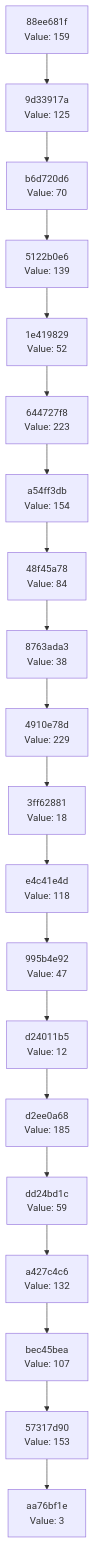
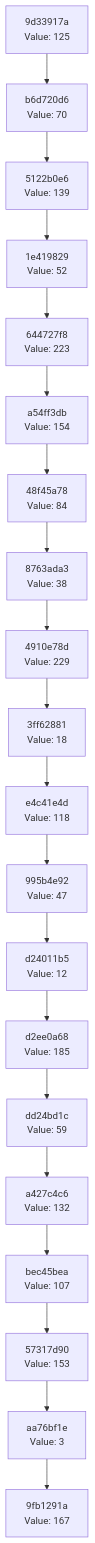
Before and after one commit to Abhisheksinha1506/hash-chain-evolver: the diagram in docs/CHAIN_VISUALIZATION.md, drawn with Mermaid. The commit also changed 1 other file, not shown here.

Commit message:
Evolution Step

````diff
--- a/docs/CHAIN_VISUALIZATION.md
+++ b/docs/CHAIN_VISUALIZATION.md
@@ -3,42 +3,42 @@
 ```mermaid
 graph TD
-    C0["aa76bf1e<br/>Value: 3"]
-    C1["57317d90<br/>Value: 153"]
+    C0["9fb1291a<br/>Value: 167"]
+    C1["aa76bf1e<br/>Value: 3"]
     C1 --> C0
-    C2["bec45bea<br/>Value: 107"]
+    C2["57317d90<br/>Value: 153"]
     C2 --> C1
-    C3["a427c4c6<br/>Value: 132"]
+    C3["bec45bea<br/>Value: 107"]
     C3 --> C2
-    C4["dd24bd1c<br/>Value: 59"]
+    C4["a427c4c6<br/>Value: 132"]
     C4 --> C3
-    C5["d2ee0a68<br/>Value: 185"]
+    C5["dd24bd1c<br/>Value: 59"]
     C5 --> C4
-    C6["d24011b5<br/>Value: 12"]
+    C6["d2ee0a68<br/>Value: 185"]
     C6 --> C5
-    C7["995b4e92<br/>Value: 47"]
+    C7["d24011b5<br/>Value: 12"]
     C7 --> C6
-    C8["e4c41e4d<br/>Value: 118"]
+    C8["995b4e92<br/>Value: 47"]
     C8 --> C7
-    C9["3ff62881<br/>Value: 18"]
+    C9["e4c41e4d<br/>Value: 118"]
     C9 --> C8
-    C10["4910e78d<br/>Value: 229"]
+    C10["3ff62881<br/>Value: 18"]
     C10 --> C9
-    C11["8763ada3<br/>Value: 38"]
+    C11["4910e78d<br/>Value: 229"]
     C11 --> C10
-    C12["48f45a78<br/>Value: 84"]
+    C12["8763ada3<br/>Value: 38"]
     C12 --> C11
-    C13["a54ff3db<br/>Value: 154"]
+    C13["48f45a78<br/>Value: 84"]
     C13 --> C12
-    C14["644727f8<br/>Value: 223"]
+    C14["a54ff3db<br/>Value: 154"]
     C14 --> C13
-    C15["1e419829<br/>Value: 52"]
+    C15["644727f8<br/>Value: 223"]
     C15 --> C14
-    C16["5122b0e6<br/>Value: 139"]
+    C16["1e419829<br/>Value: 52"]
     C16 --> C15
-    C17["b6d720d6<br/>Value: 70"]
+    C17["5122b0e6<br/>Value: 139"]
     C17 --> C16
-    C18["9d33917a<br/>Value: 125"]
+    C18["b6d720d6<br/>Value: 70"]
     C18 --> C17
-    C19["88ee681f<br/>Value: 159"]
+    C19["9d33917a<br/>Value: 125"]
     C19 --> C18
 ```
````
